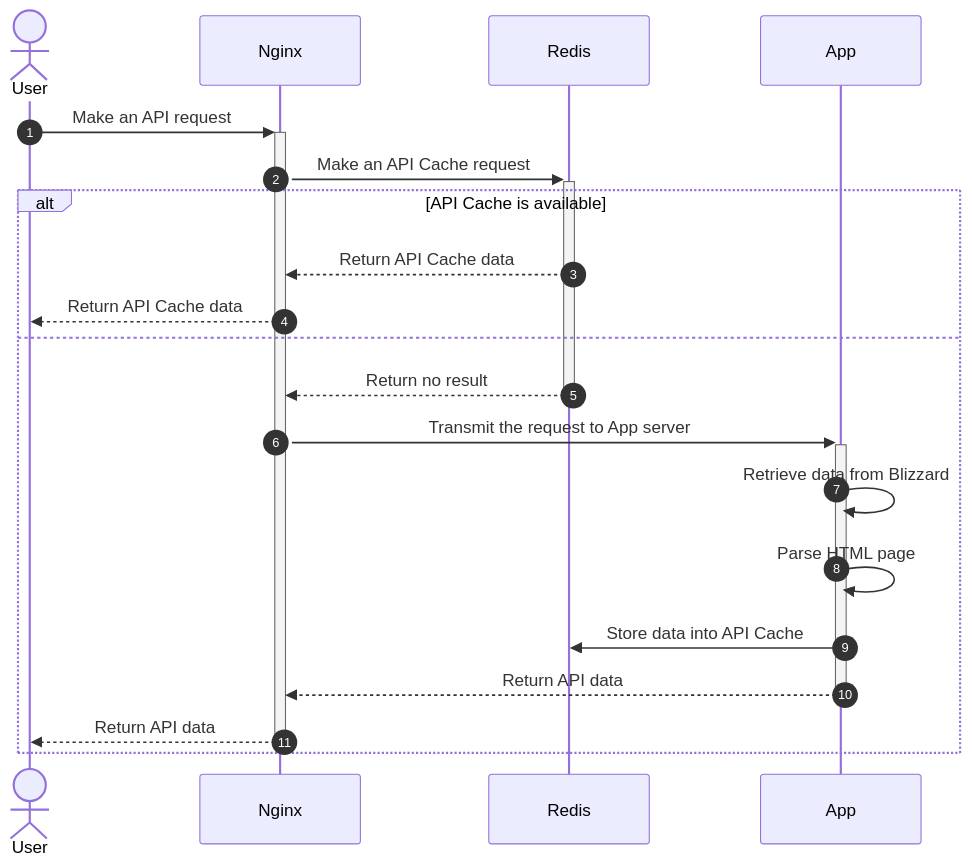
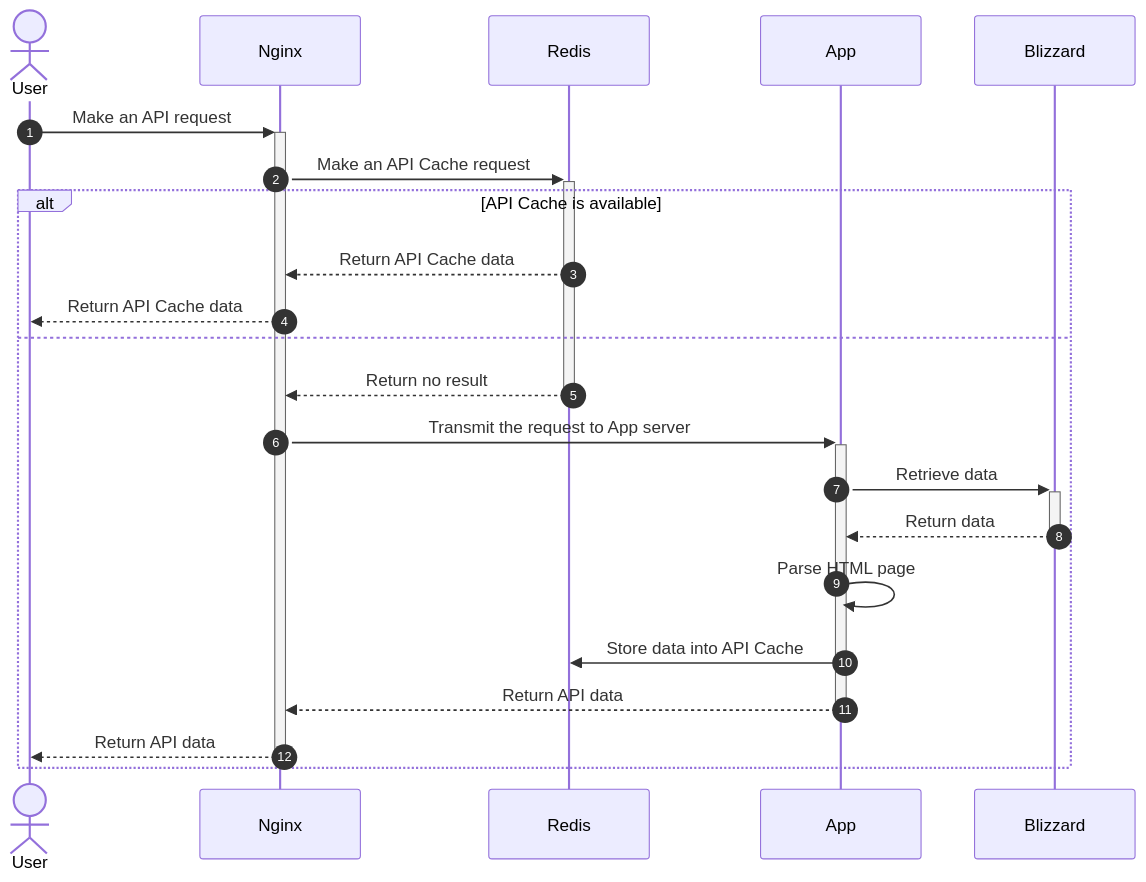
Before and after one commit to TeKrop/overfast-api: the first of 2 diagrams in README.md, drawn with Mermaid. The commit also changed other lines of this file, not shown here.

Commit message:
fix: updated README diagrams

````diff
--- a/README.md
+++ b/README.md
@@ -123,22 +123,24 @@
 ```mermaid
 sequenceDiagram
     autonumber
     actor User
     participant Nginx
     participant Redis
     participant App
+    participant Blizzard
     User->>+Nginx: Make an API request
     Nginx->>+Redis: Make an API Cache request
     alt API Cache is available
         Redis-->>Nginx: Return API Cache data
         Nginx-->>User: Return API Cache data
     else
         Redis-->>-Nginx: Return no result
         Nginx->>+App: Transmit the request to App server
-        App->>App: Retrieve data from Blizzard
+        App->>+Blizzard: Retrieve data
+        Blizzard-->>-App: Return data
         App->>App: Parse HTML page
         App->>Redis: Store data into API Cache
         App-->>-Nginx: Return API data
         Nginx-->>-User: Return API data
     end
 ```
````
